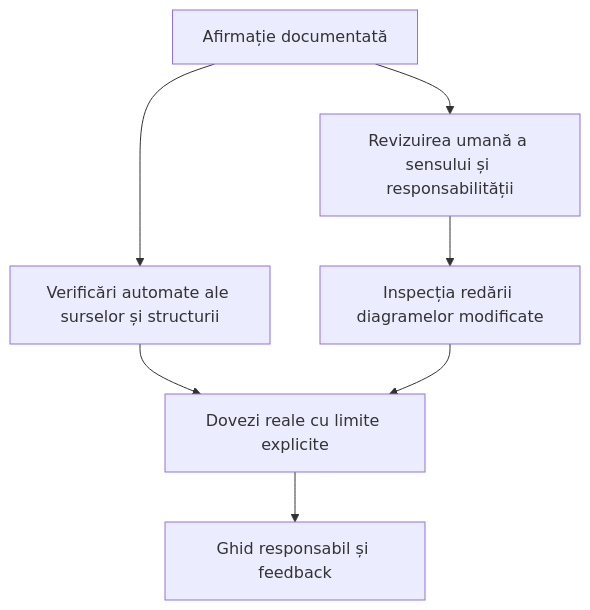
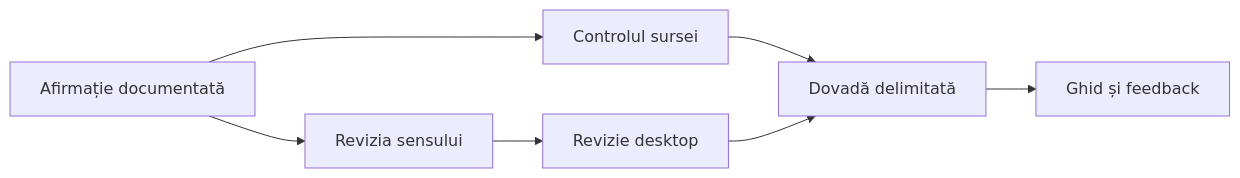
Before and after one commit to crististefanita/ATF_AI: the second of 2 diagrams in docs/governance/README.md, drawn with Mermaid. The commit also changed other lines of this file and 111 other files, not shown here.

````diff
--- a/docs/governance/README.md
+++ b/docs/governance/README.md
@@ -71,9 +77,9 @@
 ```mermaid
-flowchart TB
-    Claim["Afirmație documentată"] --> Guard["Verificări automate ale surselor și structurii"]
-    Claim --> Review["Revizuirea umană a sensului și responsabilității"]
-    Review --> Render["Inspecția redării diagramelor modificate"]
-    Guard --> Evidence["Dovezi reale cu limite explicite"]
+flowchart LR
+    Claim["Afirmație documentată"] --> Guard["Controlul sursei"]
+    Claim --> Review["Revizia sensului"]
+    Review --> Render["Revizie desktop"]
+    Guard --> Evidence["Dovadă delimitată"]
     Render --> Evidence
-    Evidence --> Closure["Ghid responsabil și feedback"]
+    Evidence --> Closure["Ghid și feedback"]
 ```
````
